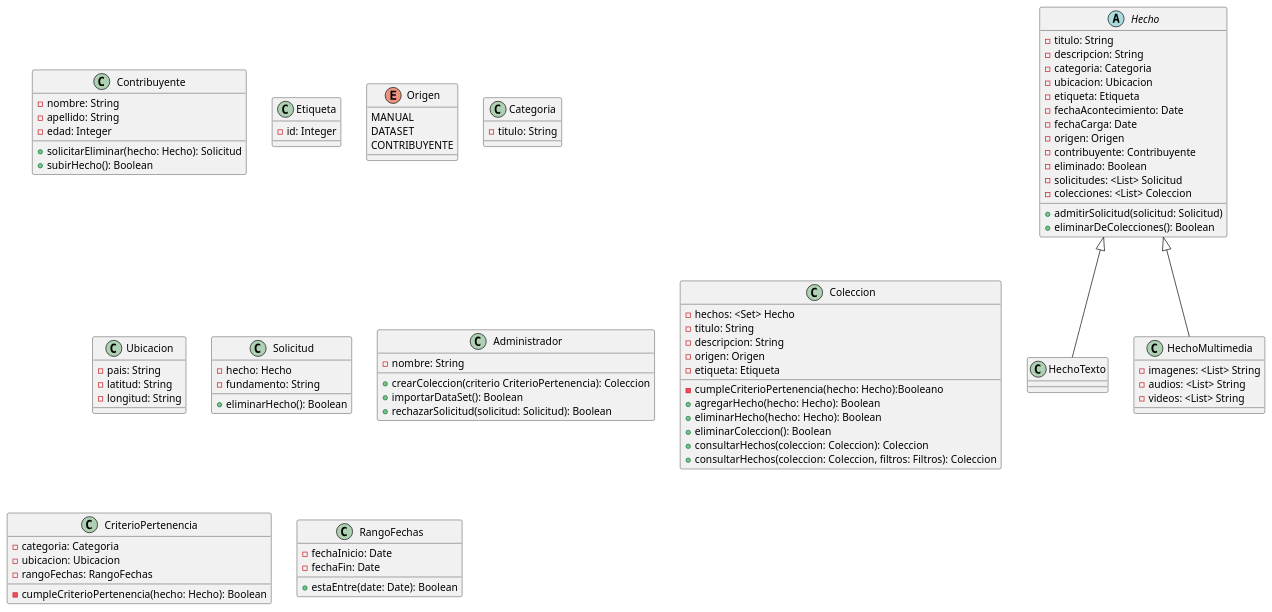
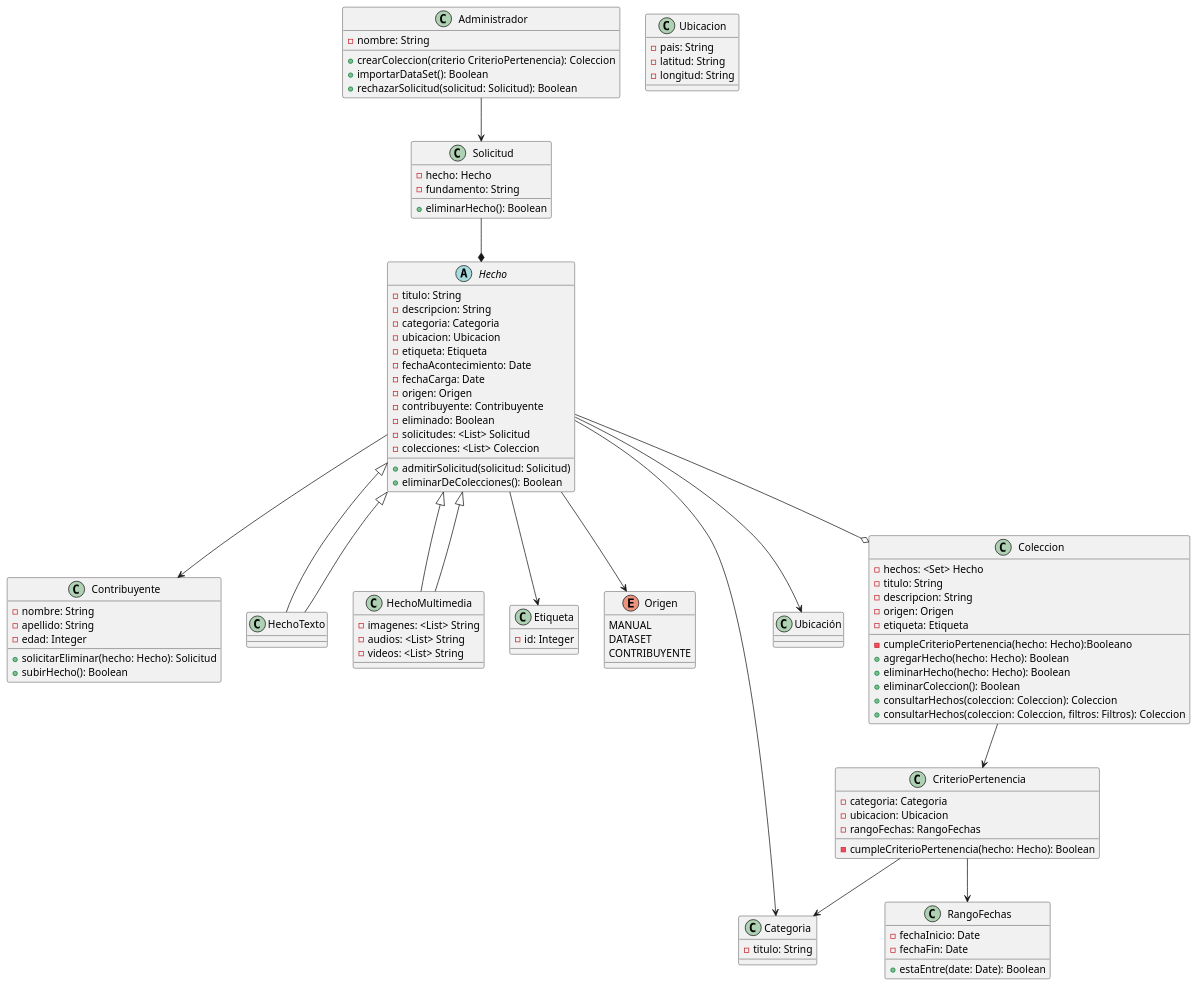
Before and after one commit to BrunoRodriguezzz/tp-dsi: the diagram in DiagramaDeClases-1°Entrega.puml, drawn with PlantUML.

Commit message:
Agrego Relaciones en Diagrama

```diff
--- a/DiagramaDeClases-1°Entrega.puml
+++ b/DiagramaDeClases-1°Entrega.puml
@@ -1,95 +1,110 @@
 @startuml
+
+Hecho --> Contribuyente
+HechoTexto --|> Hecho
+HechoMultimedia --|> Hecho
+Hecho --> Etiqueta
+Hecho --> Origen
+Hecho --> Categoria
+Hecho --> Ubicación
+Administrador --> Solicitud
+Solicitud --* Hecho
+Hecho --o Coleccion
+Coleccion --> CriterioPertenencia
+CriterioPertenencia --> Categoria
+CriterioPertenencia --> RangoFechas
+
 class Contribuyente {
     -nombre: String
     -apellido: String
     -edad: Integer
     +solicitarEliminar(hecho: Hecho): Solicitud
     +subirHecho(): Boolean
 }
 
 abstract Hecho {
     -titulo: String
     -descripcion: String
     -categoria: Categoria
     -ubicacion: Ubicacion
     -etiqueta: Etiqueta
     -fechaAcontecimiento: Date
     -fechaCarga: Date
     -origen: Origen
     -contribuyente: Contribuyente
     -eliminado: Boolean
     -solicitudes: <List> Solicitud
     -colecciones: <List> Coleccion
     +admitirSolicitud(solicitud: Solicitud)
     +eliminarDeColecciones(): Boolean
 }
 
 class Etiqueta {
     -id: Integer
 }
 
 enum Origen {
     MANUAL
     DATASET
     CONTRIBUYENTE
 }
 
 class Categoria {
     -titulo: String
 }
 
 class Ubicacion {
     -pais: String
     -latitud: String
     -longitud: String
 }
 
 class HechoTexto extends Hecho{
 }
 
 class HechoMultimedia extends Hecho {
     -imagenes: <List> String
     -audios: <List> String
     -videos: <List> String
 }
 
 class Solicitud {
     -hecho: Hecho
     -fundamento: String
     +eliminarHecho(): Boolean
 }
 
 class Administrador {
     -nombre: String
     +crearColeccion(criterio CriterioPertenencia): Coleccion
     +importarDataSet(): Boolean
     +rechazarSolicitud(solicitud: Solicitud): Boolean
 }
 
 class Coleccion {
     -hechos: <Set> Hecho
     -titulo: String
     -descripcion: String
     -origen: Origen
     -etiqueta: Etiqueta
     -cumpleCriterioPertenencia(hecho: Hecho):Booleano
     +agregarHecho(hecho: Hecho): Boolean
     +eliminarHecho(hecho: Hecho): Boolean
     +eliminarColeccion(): Boolean
     +consultarHechos(coleccion: Coleccion): Coleccion
     +consultarHechos(coleccion: Coleccion, filtros: Filtros): Coleccion
 }
 
 class CriterioPertenencia {
     -categoria: Categoria
     -ubicacion: Ubicacion
     -rangoFechas: RangoFechas
     -cumpleCriterioPertenencia(hecho: Hecho): Boolean
 }
 
 class RangoFechas {
     -fechaInicio: Date
     -fechaFin: Date
     +estaEntre(date: Date): Boolean
 }
 @enduml
```
